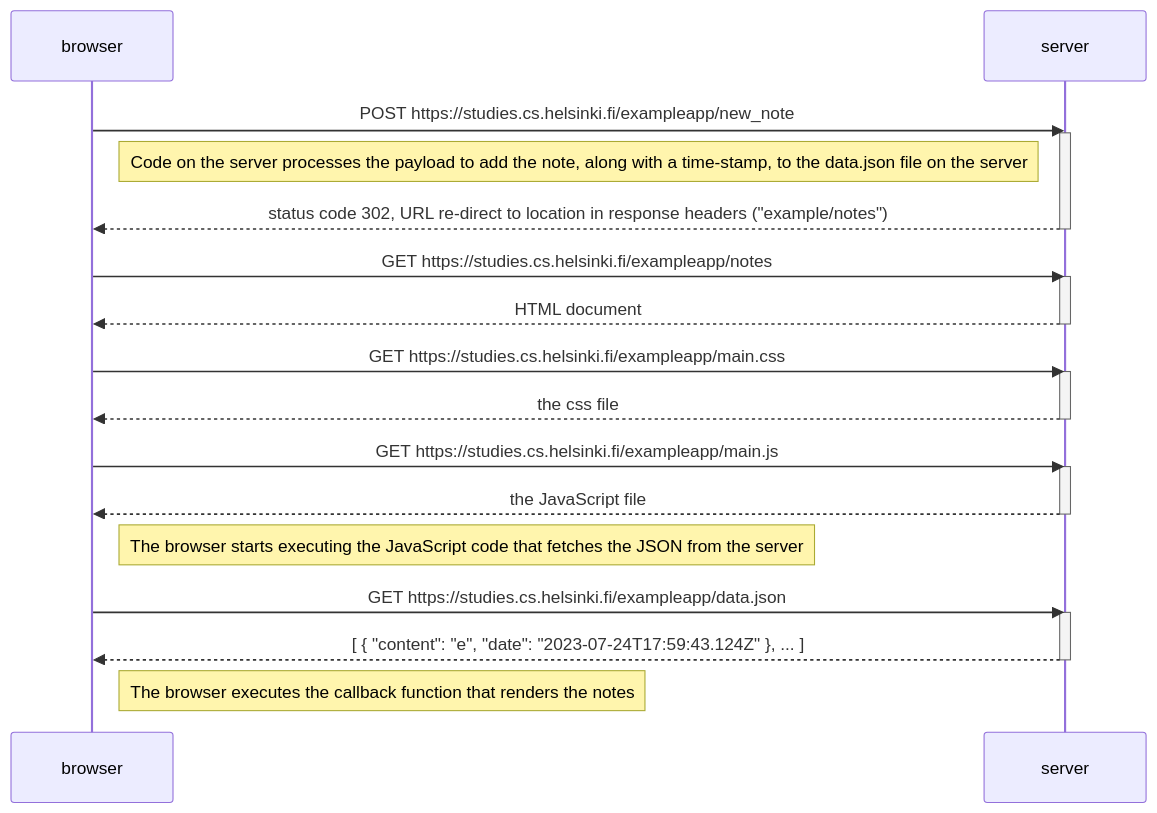
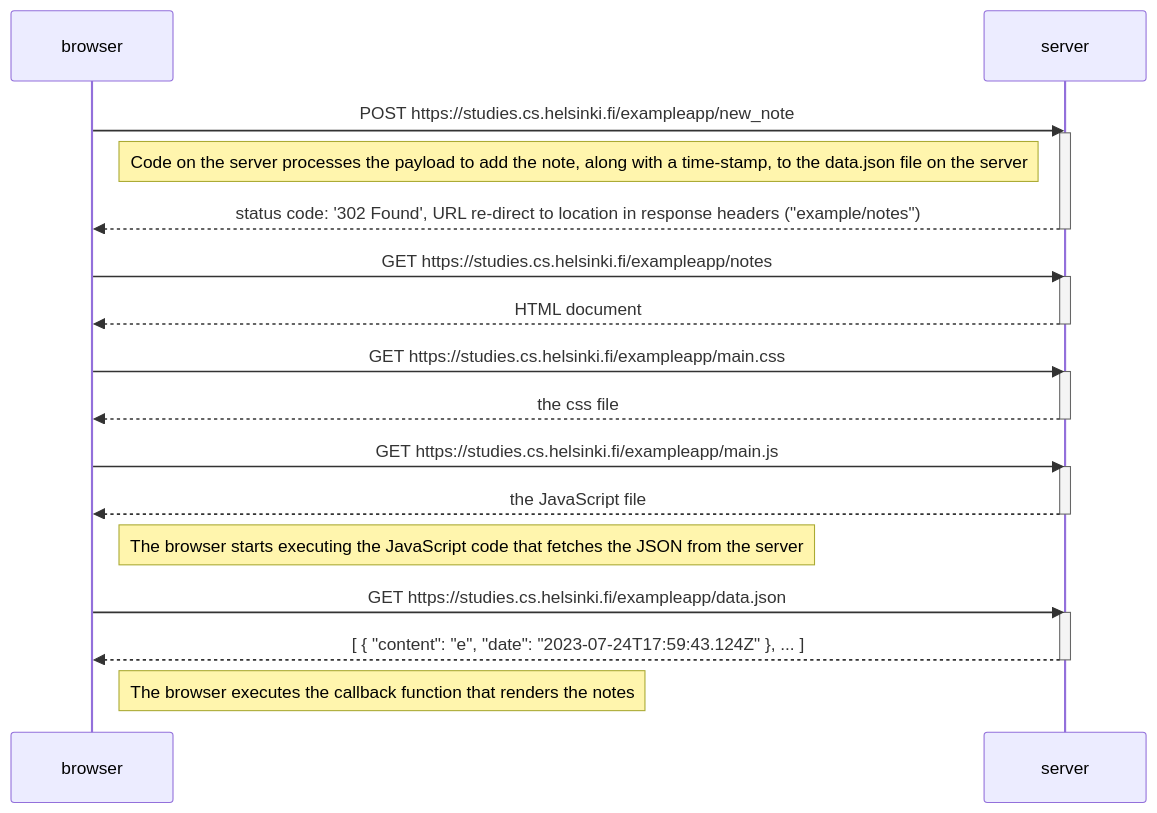
One commit to the-coding-anthropoid/full_stack changed the diagram in part_0/0.4-new_note-diagram.md. Above: the diagram before and after it, drawn with Mermaid. The commit also changed 2 other files, not shown here.

Commit message:
Exercise 0.6: New Note in SPA Diagram => Done

````diff
--- a/part_0/0.4-new_note-diagram.md
+++ b/part_0/0.4-new_note-diagram.md
@@ -11,37 +11,37 @@
 ```mermaid
 sequenceDiagram
     participant browser
     participant server
 
     browser->>server: POST https://studies.cs.helsinki.fi/exampleapp/new_note
     activate server
 
     Note left of server: Code on the server processes the payload to add the note, along with a time-stamp, to the data.json file on the server  
 
-    server-->>browser: status code 302, URL re-direct to location in response headers ("example/notes")
+    server-->>browser: status code: '302 Found', URL re-direct to location in response headers ("example/notes")
     deactivate server
 
     browser->>server: GET https://studies.cs.helsinki.fi/exampleapp/notes
     activate server
     server-->>browser: HTML document
     deactivate server
 
     browser->>server: GET https://studies.cs.helsinki.fi/exampleapp/main.css
     activate server
     server-->>browser: the css file
     deactivate server
 
     browser->>server: GET https://studies.cs.helsinki.fi/exampleapp/main.js
     activate server
     server-->>browser: the JavaScript file
     deactivate server
 
     Note right of browser: The browser starts executing the JavaScript code that fetches the JSON from the server
 
     browser->>server: GET https://studies.cs.helsinki.fi/exampleapp/data.json
     activate server
     server-->>browser: [ { "content": "e", "date": "2023-07-24T17:59:43.124Z" }, ... ]
     deactivate server
 
     Note right of browser: The browser executes the callback function that renders the notes
 ```
````
